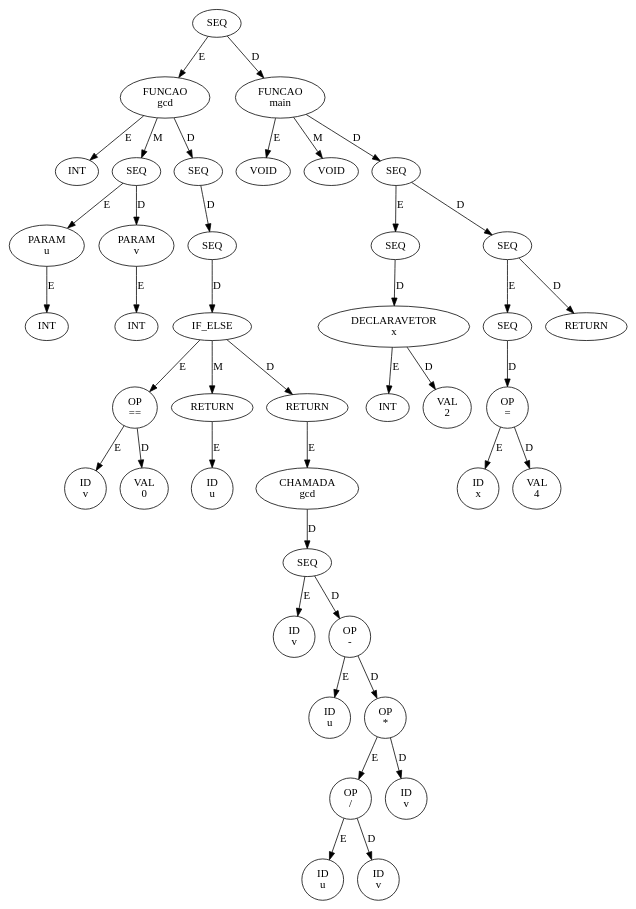
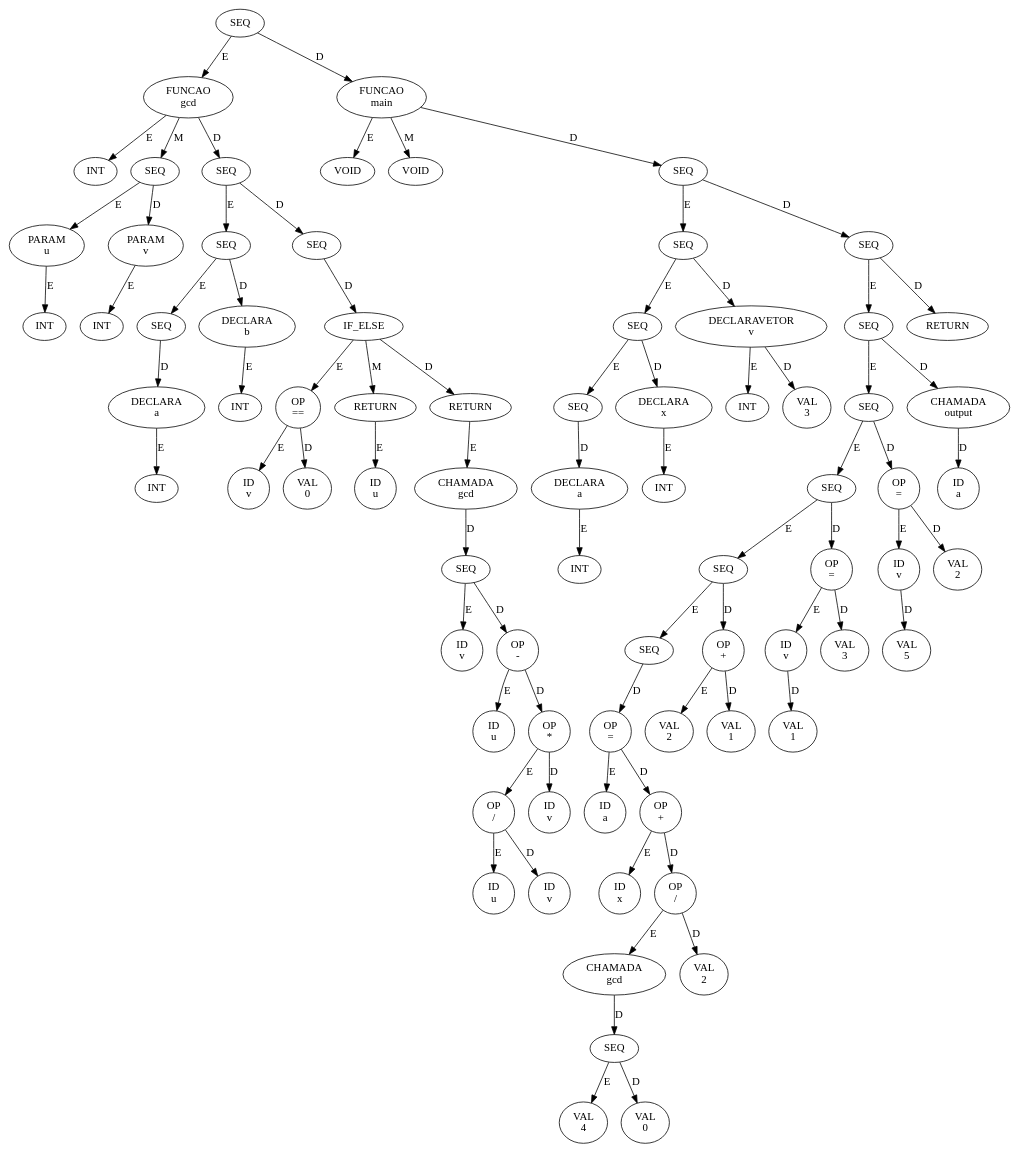
The diagram in src/ast.dot (ErikReis15/compiladores), drawn with Graphviz before and after one commit. The commit also changed 2 other files, not shown here.

```diff
--- a/src/ast.dot
+++ b/src/ast.dot
@@ -1,83 +1,155 @@
 digraph AST {
-  n0x5f78dd341270 [label="SEQ"];
-  n0x5f78dd341270 -> n0x5f78dd340dd0 [label="E"];
-  n0x5f78dd340dd0 [label="FUNCAO\ngcd"];
-  n0x5f78dd340dd0 -> n0x5f78dd340510 [label="E"];
-  n0x5f78dd340510 [label="INT"];
-  n0x5f78dd340dd0 -> n0x5f78dd3406f0 [label="M"];
-  n0x5f78dd3406f0 [label="SEQ"];
-  n0x5f78dd3406f0 -> n0x5f78dd3405d0 [label="E"];
-  n0x5f78dd3405d0 [label="PARAM\nu"];
-  n0x5f78dd3405d0 -> n0x5f78dd340570 [label="E"];
-  n0x5f78dd340570 [label="INT"];
-  n0x5f78dd3406f0 -> n0x5f78dd340690 [label="D"];
-  n0x5f78dd340690 [label="PARAM\nv"];
-  n0x5f78dd340690 -> n0x5f78dd340630 [label="E"];
-  n0x5f78dd340630 [label="INT"];
-  n0x5f78dd340dd0 -> n0x5f78dd340d90 [label="D"];
-  n0x5f78dd340d90 [label="SEQ"];
-  n0x5f78dd340d90 -> n0x5f78dd340d50 [label="D"];
-  n0x5f78dd340d50 [label="SEQ"];
-  n0x5f78dd340d50 -> n0x5f78dd340d10 [label="D"];
-  n0x5f78dd340d10 [label="IF_ELSE"];
-  n0x5f78dd340d10 -> n0x5f78dd3407b0 [label="E"];
-  n0x5f78dd3407b0 [label="OP\n=="];
-  n0x5f78dd3407b0 -> n0x5f78dd340750 [label="E"];
-  n0x5f78dd340750 [label="ID\nv"];
-  n0x5f78dd3407b0 -> n0x5f78dd3407f0 [label="D"];
-  n0x5f78dd3407f0 [label="VAL\n0"];
-  n0x5f78dd340d10 -> n0x5f78dd3408b0 [label="M"];
-  n0x5f78dd3408b0 [label="RETURN"];
-  n0x5f78dd3408b0 -> n0x5f78dd340850 [label="E"];
-  n0x5f78dd340850 [label="ID\nu"];
-  n0x5f78dd340d10 -> n0x5f78dd340cd0 [label="D"];
-  n0x5f78dd340cd0 [label="RETURN"];
-  n0x5f78dd340cd0 -> n0x5f78dd340c90 [label="E"];
-  n0x5f78dd340c90 [label="CHAMADA\ngcd"];
-  n0x5f78dd340c90 -> n0x5f78dd340c50 [label="D"];
-  n0x5f78dd340c50 [label="SEQ"];
-  n0x5f78dd340c50 -> n0x5f78dd340930 [label="E"];
-  n0x5f78dd340930 [label="ID\nv"];
-  n0x5f78dd340c50 -> n0x5f78dd340a10 [label="D"];
-  n0x5f78dd340a10 [label="OP\n-"];
-  n0x5f78dd340a10 -> n0x5f78dd3409b0 [label="E"];
-  n0x5f78dd3409b0 [label="ID\nu"];
-  n0x5f78dd340a10 -> n0x5f78dd340b90 [label="D"];
-  n0x5f78dd340b90 [label="OP\n*"];
-  n0x5f78dd340b90 -> n0x5f78dd340ad0 [label="E"];
-  n0x5f78dd340ad0 [label="OP\n/"];
-  n0x5f78dd340ad0 -> n0x5f78dd340a70 [label="E"];
-  n0x5f78dd340a70 [label="ID\nu"];
-  n0x5f78dd340ad0 -> n0x5f78dd340b30 [label="D"];
-  n0x5f78dd340b30 [label="ID\nv"];
-  n0x5f78dd340b90 -> n0x5f78dd340bf0 [label="D"];
-  n0x5f78dd340bf0 [label="ID\nv"];
-  n0x5f78dd341270 -> n0x5f78dd341210 [label="D"];
-  n0x5f78dd341210 [label="FUNCAO\nmain"];
-  n0x5f78dd341210 -> n0x5f78dd340e30 [label="E"];
-  n0x5f78dd340e30 [label="VOID"];
-  n0x5f78dd341210 -> n0x5f78dd340e90 [label="M"];
-  n0x5f78dd340e90 [label="VOID"];
-  n0x5f78dd341210 -> n0x5f78dd3411d0 [label="D"];
-  n0x5f78dd3411d0 [label="SEQ"];
-  n0x5f78dd3411d0 -> n0x5f78dd340fd0 [label="E"];
-  n0x5f78dd340fd0 [label="SEQ"];
-  n0x5f78dd340fd0 -> n0x5f78dd340f30 [label="D"];
-  n0x5f78dd340f30 [label="DECLARAVETOR\nx"];
-  n0x5f78dd340f30 -> n0x5f78dd340ed0 [label="E"];
-  n0x5f78dd340ed0 [label="INT"];
-  n0x5f78dd340f30 -> n0x5f78dd340f90 [label="D"];
-  n0x5f78dd340f90 [label="VAL\n2"];
-  n0x5f78dd3411d0 -> n0x5f78dd341190 [label="D"];
-  n0x5f78dd341190 [label="SEQ"];
-  n0x5f78dd341190 -> n0x5f78dd341110 [label="E"];
-  n0x5f78dd341110 [label="SEQ"];
-  n0x5f78dd341110 -> n0x5f78dd3410d0 [label="D"];
-  n0x5f78dd3410d0 [label="OP\n="];
-  n0x5f78dd3410d0 -> n0x5f78dd341030 [label="E"];
-  n0x5f78dd341030 [label="ID\nx"];
-  n0x5f78dd3410d0 -> n0x5f78dd341090 [label="D"];
-  n0x5f78dd341090 [label="VAL\n4"];
-  n0x5f78dd341190 -> n0x5f78dd341150 [label="D"];
-  n0x5f78dd341150 [label="RETURN"];
+  n0x5f78a873bdb0 [label="SEQ"];
+  n0x5f78a873bdb0 -> n0x5f78a873afd0 [label="E"];
+  n0x5f78a873afd0 [label="FUNCAO\ngcd"];
+  n0x5f78a873afd0 -> n0x5f78a873a510 [label="E"];
+  n0x5f78a873a510 [label="INT"];
+  n0x5f78a873afd0 -> n0x5f78a873a6f0 [label="M"];
+  n0x5f78a873a6f0 [label="SEQ"];
+  n0x5f78a873a6f0 -> n0x5f78a873a5d0 [label="E"];
+  n0x5f78a873a5d0 [label="PARAM\nu"];
+  n0x5f78a873a5d0 -> n0x5f78a873a570 [label="E"];
+  n0x5f78a873a570 [label="INT"];
+  n0x5f78a873a6f0 -> n0x5f78a873a690 [label="D"];
+  n0x5f78a873a690 [label="PARAM\nv"];
+  n0x5f78a873a690 -> n0x5f78a873a630 [label="E"];
+  n0x5f78a873a630 [label="INT"];
+  n0x5f78a873afd0 -> n0x5f78a873af90 [label="D"];
+  n0x5f78a873af90 [label="SEQ"];
+  n0x5f78a873af90 -> n0x5f78a873a8f0 [label="E"];
+  n0x5f78a873a8f0 [label="SEQ"];
+  n0x5f78a873a8f0 -> n0x5f78a873a7f0 [label="E"];
+  n0x5f78a873a7f0 [label="SEQ"];
+  n0x5f78a873a7f0 -> n0x5f78a873a790 [label="D"];
+  n0x5f78a873a790 [label="DECLARA\na"];
+  n0x5f78a873a790 -> n0x5f78a873a730 [label="E"];
+  n0x5f78a873a730 [label="INT"];
+  n0x5f78a873a8f0 -> n0x5f78a873a890 [label="D"];
+  n0x5f78a873a890 [label="DECLARA\nb"];
+  n0x5f78a873a890 -> n0x5f78a873a830 [label="E"];
+  n0x5f78a873a830 [label="INT"];
+  n0x5f78a873af90 -> n0x5f78a873af50 [label="D"];
+  n0x5f78a873af50 [label="SEQ"];
+  n0x5f78a873af50 -> n0x5f78a873af10 [label="D"];
+  n0x5f78a873af10 [label="IF_ELSE"];
+  n0x5f78a873af10 -> n0x5f78a873a9b0 [label="E"];
+  n0x5f78a873a9b0 [label="OP\n=="];
+  n0x5f78a873a9b0 -> n0x5f78a873a950 [label="E"];
+  n0x5f78a873a950 [label="ID\nv"];
+  n0x5f78a873a9b0 -> n0x5f78a873a9f0 [label="D"];
+  n0x5f78a873a9f0 [label="VAL\n0"];
+  n0x5f78a873af10 -> n0x5f78a873aab0 [label="M"];
+  n0x5f78a873aab0 [label="RETURN"];
+  n0x5f78a873aab0 -> n0x5f78a873aa50 [label="E"];
+  n0x5f78a873aa50 [label="ID\nu"];
+  n0x5f78a873af10 -> n0x5f78a873aed0 [label="D"];
+  n0x5f78a873aed0 [label="RETURN"];
+  n0x5f78a873aed0 -> n0x5f78a873ae90 [label="E"];
+  n0x5f78a873ae90 [label="CHAMADA\ngcd"];
+  n0x5f78a873ae90 -> n0x5f78a873ae50 [label="D"];
+  n0x5f78a873ae50 [label="SEQ"];
+  n0x5f78a873ae50 -> n0x5f78a873ab30 [label="E"];
+  n0x5f78a873ab30 [label="ID\nv"];
+  n0x5f78a873ae50 -> n0x5f78a873ac10 [label="D"];
+  n0x5f78a873ac10 [label="OP\n-"];
+  n0x5f78a873ac10 -> n0x5f78a873abb0 [label="E"];
+  n0x5f78a873abb0 [label="ID\nu"];
+  n0x5f78a873ac10 -> n0x5f78a873ad90 [label="D"];
+  n0x5f78a873ad90 [label="OP\n*"];
+  n0x5f78a873ad90 -> n0x5f78a873acd0 [label="E"];
+  n0x5f78a873acd0 [label="OP\n/"];
+  n0x5f78a873acd0 -> n0x5f78a873ac70 [label="E"];
+  n0x5f78a873ac70 [label="ID\nu"];
+  n0x5f78a873acd0 -> n0x5f78a873ad30 [label="D"];
+  n0x5f78a873ad30 [label="ID\nv"];
+  n0x5f78a873ad90 -> n0x5f78a873adf0 [label="D"];
+  n0x5f78a873adf0 [label="ID\nv"];
+  n0x5f78a873bdb0 -> n0x5f78a873bd50 [label="D"];
+  n0x5f78a873bd50 [label="FUNCAO\nmain"];
+  n0x5f78a873bd50 -> n0x5f78a873b030 [label="E"];
+  n0x5f78a873b030 [label="VOID"];
+  n0x5f78a873bd50 -> n0x5f78a873b090 [label="M"];
+  n0x5f78a873b090 [label="VOID"];
+  n0x5f78a873bd50 -> n0x5f78a873bd10 [label="D"];
+  n0x5f78a873bd10 [label="SEQ"];
+  n0x5f78a873bd10 -> n0x5f78a873b3d0 [label="E"];
+  n0x5f78a873b3d0 [label="SEQ"];
+  n0x5f78a873b3d0 -> n0x5f78a873b290 [label="E"];
+  n0x5f78a873b290 [label="SEQ"];
+  n0x5f78a873b290 -> n0x5f78a873b190 [label="E"];
+  n0x5f78a873b190 [label="SEQ"];
+  n0x5f78a873b190 -> n0x5f78a873b130 [label="D"];
+  n0x5f78a873b130 [label="DECLARA\na"];
+  n0x5f78a873b130 -> n0x5f78a873b0d0 [label="E"];
+  n0x5f78a873b0d0 [label="INT"];
+  n0x5f78a873b290 -> n0x5f78a873b230 [label="D"];
+  n0x5f78a873b230 [label="DECLARA\nx"];
+  n0x5f78a873b230 -> n0x5f78a873b1d0 [label="E"];
+  n0x5f78a873b1d0 [label="INT"];
+  n0x5f78a873b3d0 -> n0x5f78a873b330 [label="D"];
+  n0x5f78a873b330 [label="DECLARAVETOR\nv"];
+  n0x5f78a873b330 -> n0x5f78a873b2d0 [label="E"];
+  n0x5f78a873b2d0 [label="INT"];
+  n0x5f78a873b330 -> n0x5f78a873b390 [label="D"];
+  n0x5f78a873b390 [label="VAL\n3"];
+  n0x5f78a873bd10 -> n0x5f78a873bcd0 [label="D"];
+  n0x5f78a873bcd0 [label="SEQ"];
+  n0x5f78a873bcd0 -> n0x5f78a873bc50 [label="E"];
+  n0x5f78a873bc50 [label="SEQ"];
+  n0x5f78a873bc50 -> n0x5f78a873bb30 [label="E"];
+  n0x5f78a873bb30 [label="SEQ"];
+  n0x5f78a873bb30 -> n0x5f78a873b9b0 [label="E"];
+  n0x5f78a873b9b0 [label="SEQ"];
+  n0x5f78a873b9b0 -> n0x5f78a873b830 [label="E"];
+  n0x5f78a873b830 [label="SEQ"];
+  n0x5f78a873b830 -> n0x5f78a873b730 [label="E"];
+  n0x5f78a873b730 [label="SEQ"];
+  n0x5f78a873b730 -> n0x5f78a873b6f0 [label="D"];
+  n0x5f78a873b6f0 [label="OP\n="];
+  n0x5f78a873b6f0 -> n0x5f78a873b430 [label="E"];
+  n0x5f78a873b430 [label="ID\na"];
+  n0x5f78a873b6f0 -> n0x5f78a873b510 [label="D"];
+  n0x5f78a873b510 [label="OP\n+"];
+  n0x5f78a873b510 -> n0x5f78a873b4b0 [label="E"];
+  n0x5f78a873b4b0 [label="ID\nx"];
+  n0x5f78a873b510 -> n0x5f78a873b670 [label="D"];
+  n0x5f78a873b670 [label="OP\n/"];
+  n0x5f78a873b670 -> n0x5f78a873b630 [label="E"];
+  n0x5f78a873b630 [label="CHAMADA\ngcd"];
+  n0x5f78a873b630 -> n0x5f78a873b5f0 [label="D"];
+  n0x5f78a873b5f0 [label="SEQ"];
+  n0x5f78a873b5f0 -> n0x5f78a873b570 [label="E"];
+  n0x5f78a873b570 [label="VAL\n4"];
+  n0x5f78a873b5f0 -> n0x5f78a873b5b0 [label="D"];
+  n0x5f78a873b5b0 [label="VAL\n0"];
+  n0x5f78a873b670 -> n0x5f78a873b6b0 [label="D"];
+  n0x5f78a873b6b0 [label="VAL\n2"];
+  n0x5f78a873b830 -> n0x5f78a873b7b0 [label="D"];
+  n0x5f78a873b7b0 [label="OP\n+"];
+  n0x5f78a873b7b0 -> n0x5f78a873b770 [label="E"];
+  n0x5f78a873b770 [label="VAL\n2"];
+  n0x5f78a873b7b0 -> n0x5f78a873b7f0 [label="D"];
+  n0x5f78a873b7f0 [label="VAL\n1"];
+  n0x5f78a873b9b0 -> n0x5f78a873b970 [label="D"];
+  n0x5f78a873b970 [label="OP\n="];
+  n0x5f78a873b970 -> n0x5f78a873b8d0 [label="E"];
+  n0x5f78a873b8d0 [label="ID\nv"];
+  n0x5f78a873b8d0 -> n0x5f78a873b890 [label="D"];
+  n0x5f78a873b890 [label="VAL\n1"];
+  n0x5f78a873b970 -> n0x5f78a873b930 [label="D"];
+  n0x5f78a873b930 [label="VAL\n3"];
+  n0x5f78a873bb30 -> n0x5f78a873baf0 [label="D"];
+  n0x5f78a873baf0 [label="OP\n="];
+  n0x5f78a873baf0 -> n0x5f78a873ba50 [label="E"];
+  n0x5f78a873ba50 [label="ID\nv"];
+  n0x5f78a873ba50 -> n0x5f78a873ba10 [label="D"];
+  n0x5f78a873ba10 [label="VAL\n5"];
+  n0x5f78a873baf0 -> n0x5f78a873bab0 [label="D"];
+  n0x5f78a873bab0 [label="VAL\n2"];
+  n0x5f78a873bc50 -> n0x5f78a873bc10 [label="D"];
+  n0x5f78a873bc10 [label="CHAMADA\noutput"];
+  n0x5f78a873bc10 -> n0x5f78a873bbb0 [label="D"];
+  n0x5f78a873bbb0 [label="ID\na"];
+  n0x5f78a873bcd0 -> n0x5f78a873bc90 [label="D"];
+  n0x5f78a873bc90 [label="RETURN"];
 }
```
